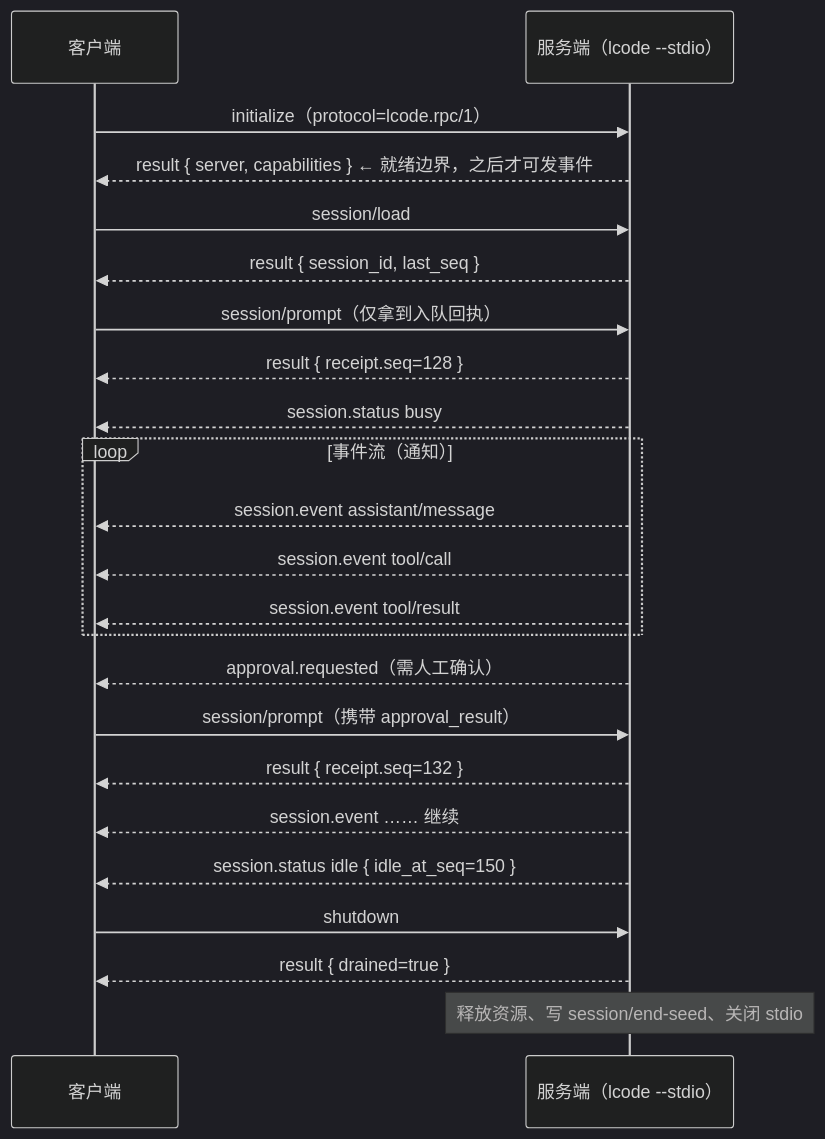
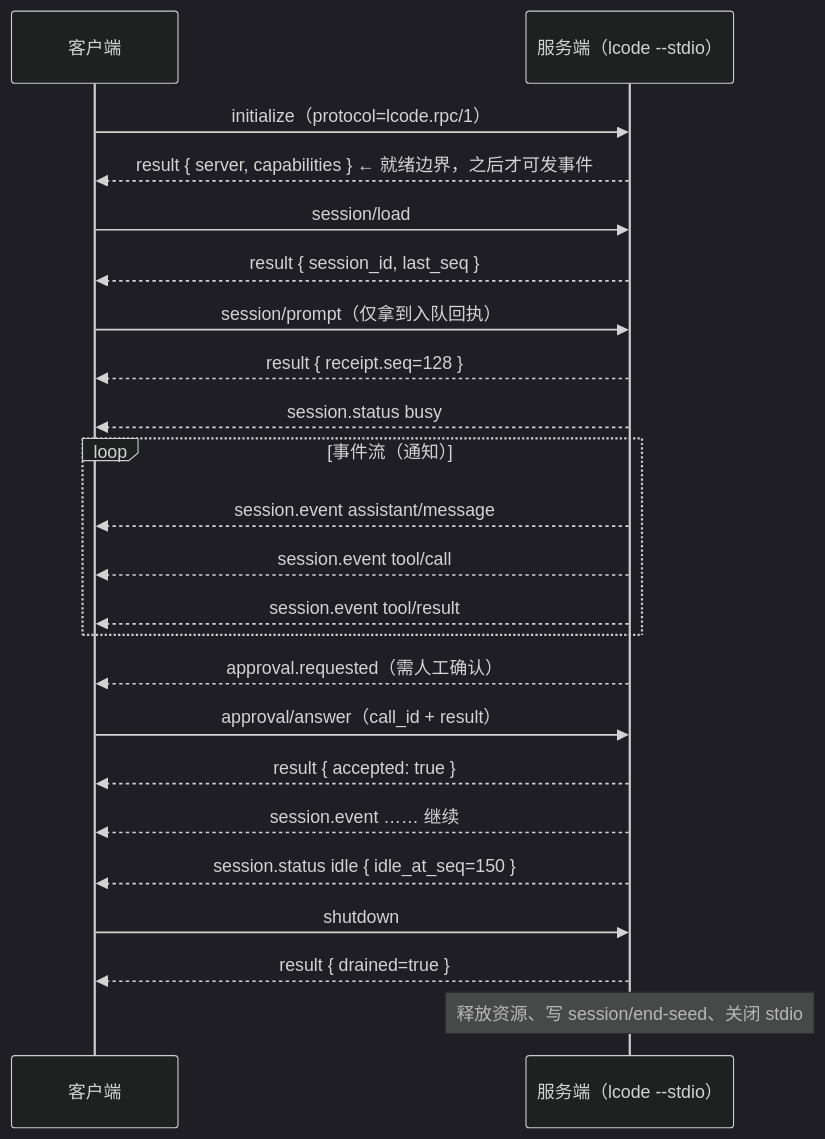
One commit to JIAh-h/Lcode changed the third of 4 diagrams in docs/21-接口契约与错误码总表.md. Above: the diagram before and after it, drawn with Mermaid (dark theme). The commit also changed other lines of this file and 188 other files, not shown here.

````diff
--- a/docs/21-接口契约与错误码总表.md
+++ b/docs/21-接口契约与错误码总表.md
@@ -953,25 +963,25 @@
 ```mermaid
 sequenceDiagram
   participant C as 客户端
   participant S as 服务端（lcode --stdio）
   C->>S: initialize（protocol=lcode.rpc/1）
   S-->>C: result { server, capabilities }  ← 就绪边界，之后才可发事件
   C->>S: session/load
   S-->>C: result { session_id, last_seq }
   C->>S: session/prompt（仅拿到入队回执）
   S-->>C: result { receipt.seq=128 }
   S-->>C: session.status busy
   loop 事件流（通知）
     S-->>C: session.event assistant/message
     S-->>C: session.event tool/call
     S-->>C: session.event tool/result
   end
   S-->>C: approval.requested（需人工确认）
-  C->>S: session/prompt（携带 approval_result）
-  S-->>C: result { receipt.seq=132 }
+  C->>S: approval/answer（call_id + result）
+  S-->>C: result { accepted: true }
   S-->>C: session.event …… 继续
   S-->>C: session.status idle { idle_at_seq=150 }
   C->>S: shutdown
   S-->>C: result { drained=true }
   Note over S: 释放资源、写 session/end-seed、关闭 stdio
 ```
````
